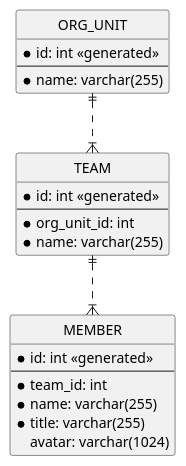
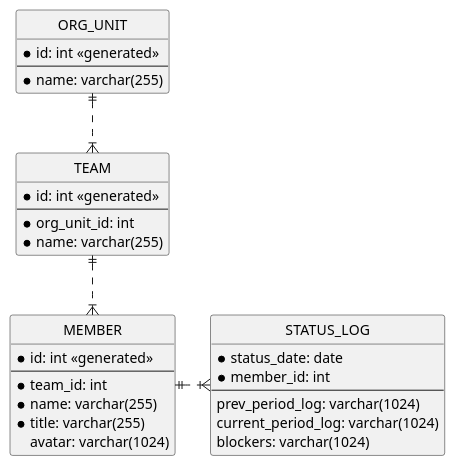
One commit to jpragma/dailyscrum changed the diagram in src/main/resources/design/erd.puml. Above: the diagram before and after it, drawn with PlantUML. The commit also changed 9 other files, not shown here.

```diff
--- a/src/main/resources/design/erd.puml
+++ b/src/main/resources/design/erd.puml
@@ -1,30 +1,40 @@
 @startuml
 
 hide circle
 skinparam linetype ortho
 
 entity ORG_UNIT {
     * id: int <<generated>>
     --
     * name: varchar(255)
 }
 
 entity TEAM {
     * id: int <<generated>>
     --
     * org_unit_id: int
     * name: varchar(255)
 }
 
 entity MEMBER {
     * id: int <<generated>>
     --
     * team_id: int
     * name: varchar(255)
     * title: varchar(255)
       avatar: varchar(1024)
 }
 
+entity STATUS_LOG {
+    * status_date: date
+    * member_id: int
+    --
+    prev_period_log: varchar(1024)
+    current_period_log: varchar(1024)
+    blockers: varchar(1024)
+}
+
 ORG_UNIT ||..|{ TEAM
 TEAM ||..|{ MEMBER
+MEMBER ||..right..|{ STATUS_LOG
 @enduml
```
